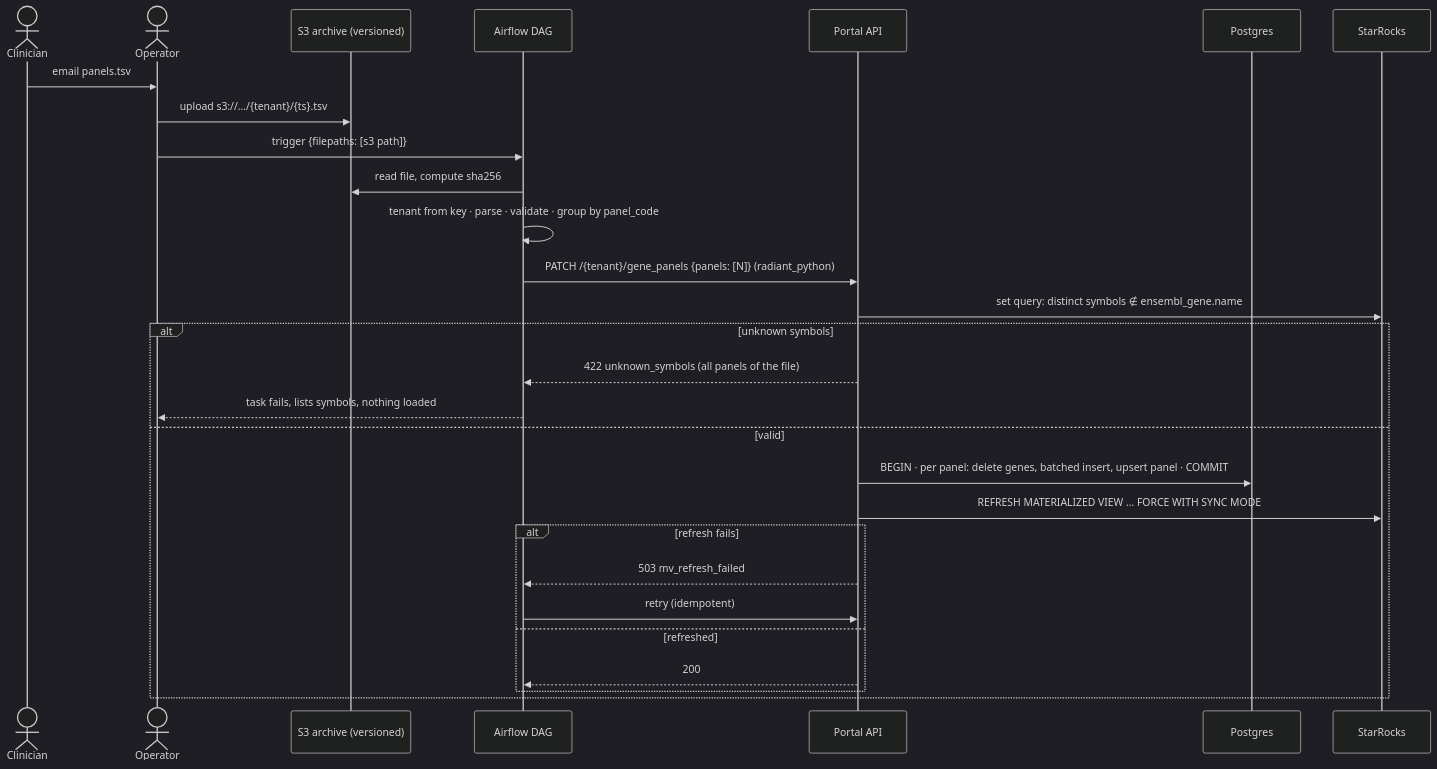
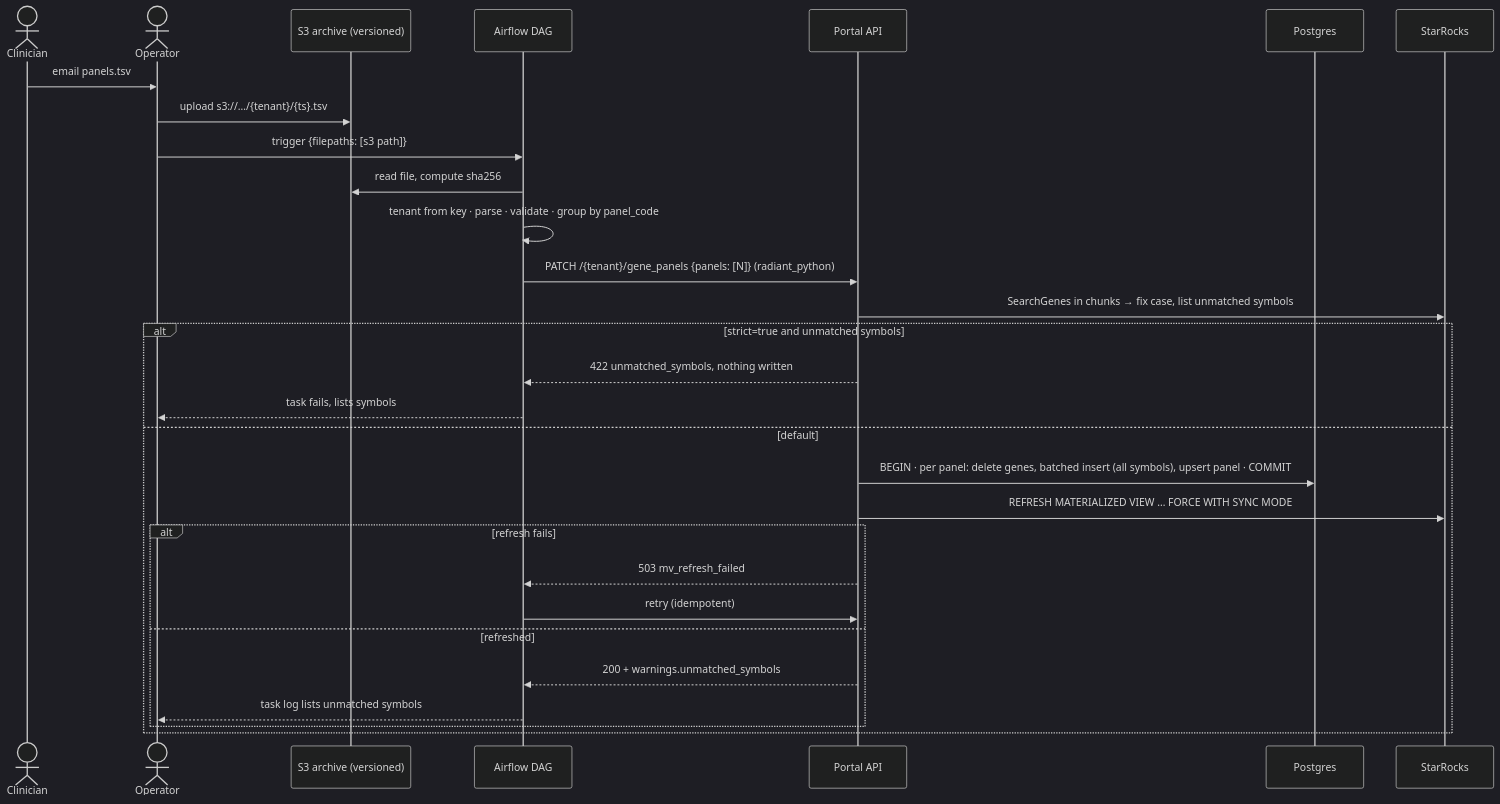
One commit to radiant-network/radiant-hub changed the second of 6 diagrams in docs/features/RAD-10-filtered-variants-by-gene-panels.md. Above: the diagram before and after it, drawn with Mermaid (dark theme). The commit also changed other lines of this file, not shown here.

Commit message:
feat: rad-11 add more details about gene pre-filtering

````diff
--- a/docs/features/RAD-10-filtered-variants-by-gene-panels.md
+++ b/docs/features/RAD-10-filtered-variants-by-gene-panels.md
@@ -59,30 +59,31 @@
 ```mermaid
 sequenceDiagram
   actor C as Clinician
   actor O as Operator
   participant S3 as S3 archive (versioned)
   participant AF as Airflow DAG
   participant API as Portal API
   participant PG as Postgres
   participant SR as StarRocks
   C->>O: email panels.tsv
   O->>S3: upload s3://…/{tenant}/{ts}.tsv
   O->>AF: trigger {filepaths: [s3 path]}
   AF->>S3: read file, compute sha256
   AF->>AF: tenant from key · parse · validate · group by panel_code
   AF->>API: PATCH /{tenant}/gene_panels {panels: [N]} (radiant_python)
-  API->>SR: set query: distinct symbols ∉ ensembl_gene.name
-  alt unknown symbols
-    API-->>AF: 422 unknown_symbols (all panels of the file)
-    AF-->>O: task fails, lists symbols, nothing loaded
-  else valid
-    API->>PG: BEGIN · per panel: delete genes, batched insert, upsert panel · COMMIT
+  API->>SR: SearchGenes in chunks → fix case, list unmatched symbols
+  alt strict=true and unmatched symbols
+    API-->>AF: 422 unmatched_symbols, nothing written
+    AF-->>O: task fails, lists symbols
+  else default
+    API->>PG: BEGIN · per panel: delete genes, batched insert (all symbols), upsert panel · COMMIT
     API->>SR: REFRESH MATERIALIZED VIEW … FORCE WITH SYNC MODE
     alt refresh fails
       API-->>AF: 503 mv_refresh_failed
       AF->>API: retry (idempotent)
     else refreshed
-      API-->>AF: 200
+      API-->>AF: 200 + warnings.unmatched_symbols
+      AF-->>O: task log lists unmatched symbols
     end
   end
 ```
````
